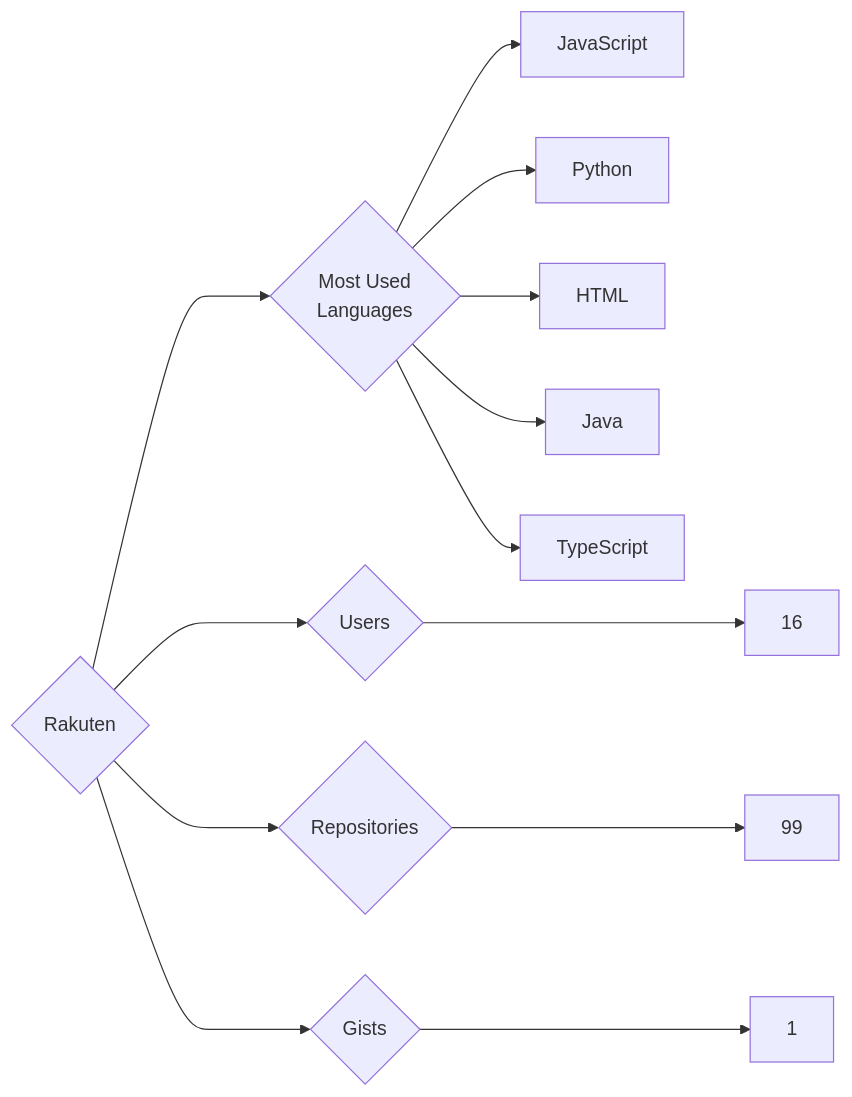
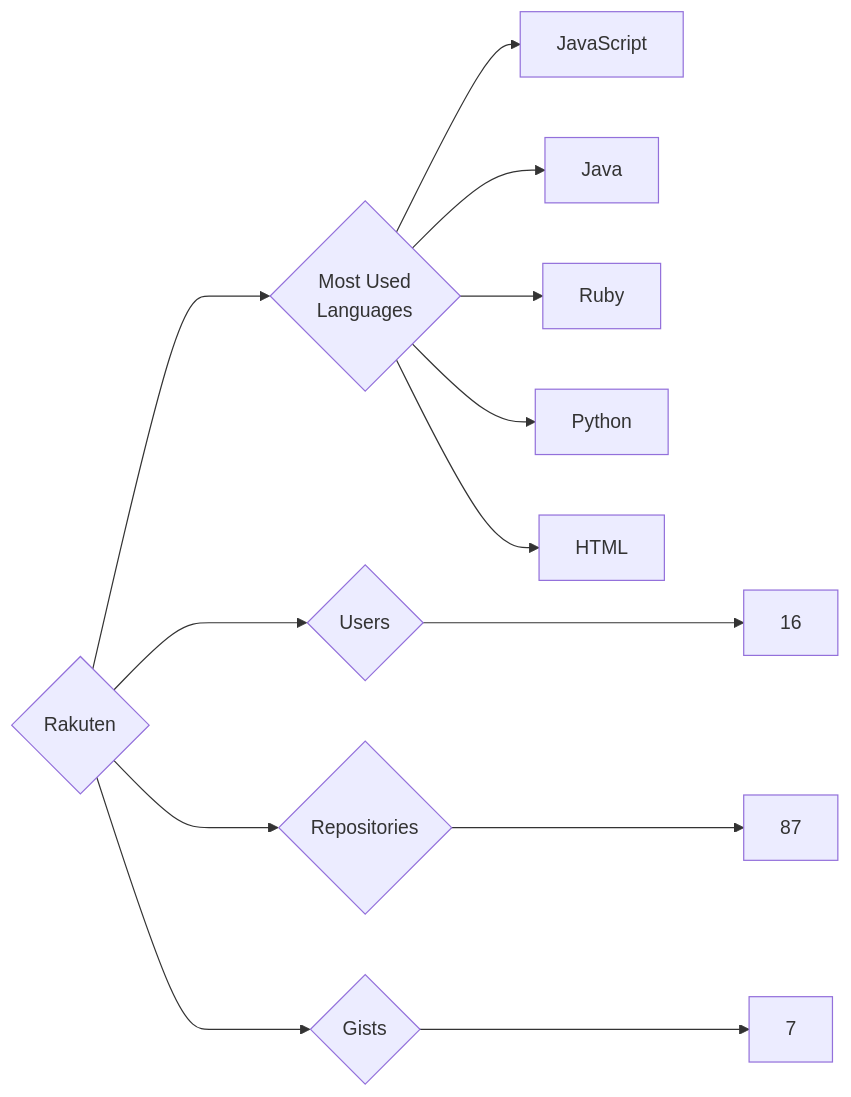
The diagram in targets/Rakuten/README.md (trickest/insiders), drawn with Mermaid before and after one commit. The commit also changed 953 other files, not shown here.

````diff
--- a/targets/Rakuten/README.md
+++ b/targets/Rakuten/README.md
@@ -3,13 +3,13 @@
 ```mermaid
 graph LR
 COMPANY_NAME{Rakuten}
 COMPANY_NAME ---> U{Users} ---> UN[16]
-COMPANY_NAME ---> R{Repositories} ---> RN[99]
-COMPANY_NAME ---> G{Gists} ---> GN[1]
+COMPANY_NAME ---> R{Repositories} ---> RN[87]
+COMPANY_NAME ---> G{Gists} ---> GN[7]
 COMPANY_NAME ---> ML{Most Used<br>Languages}
 ML --> JavaScript[JavaScript]
+ML --> Java[Java]
+ML --> Ruby[Ruby]
 ML --> Python[Python]
 ML --> HTML[HTML]
-ML --> Java[Java]
-ML --> TypeScript[TypeScript]
 ```
````
